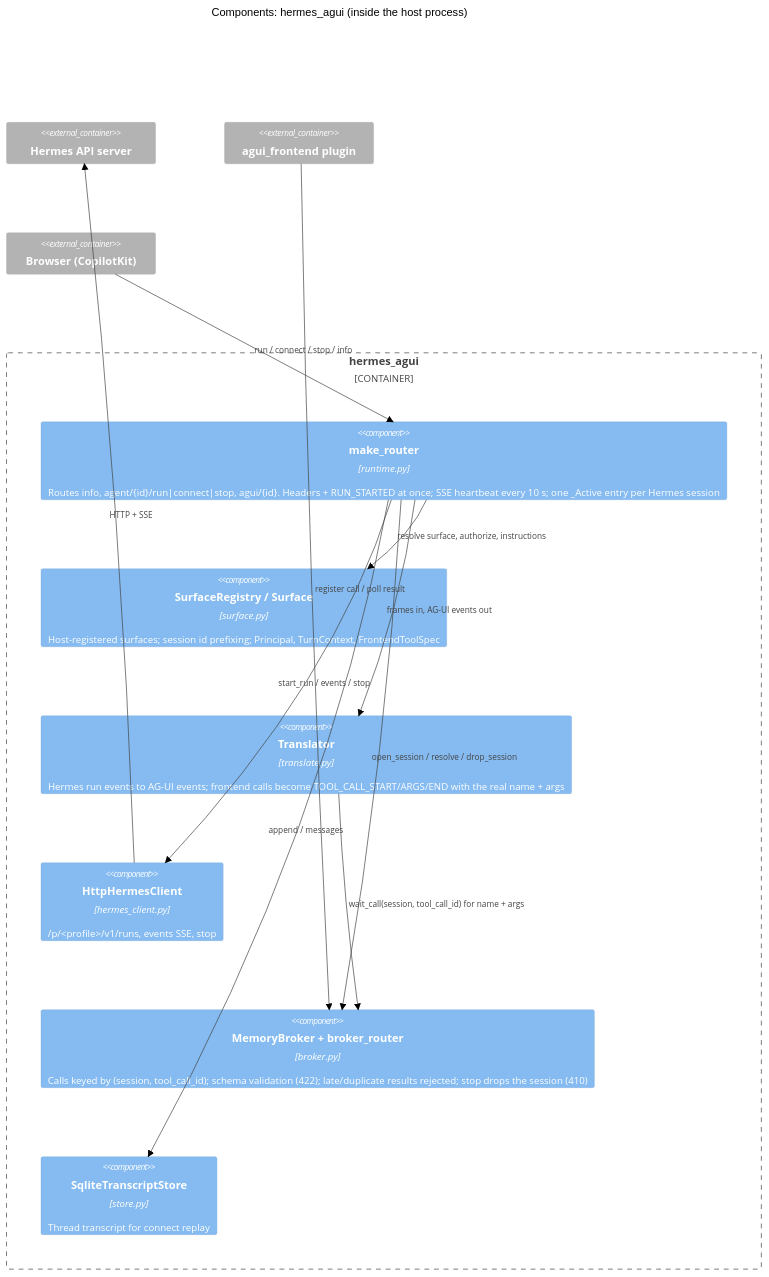
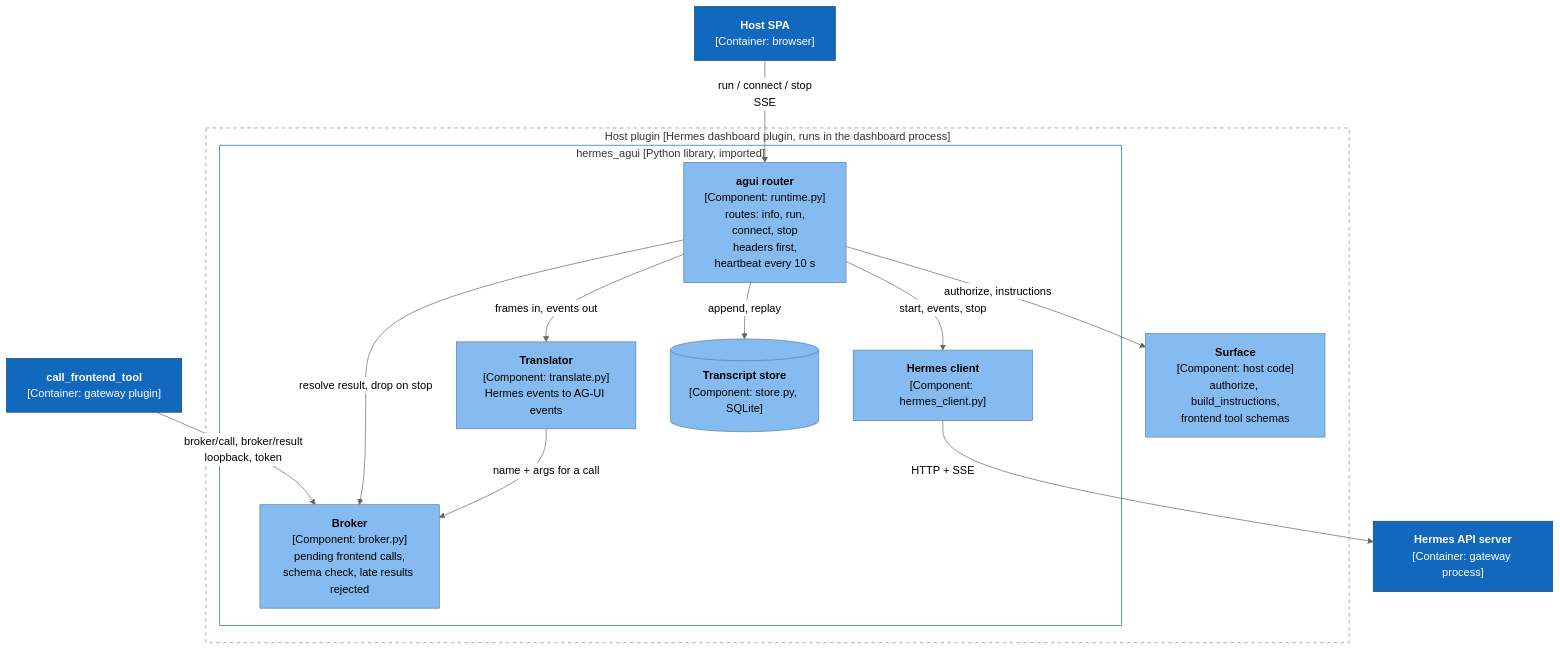
Before and after one commit to ejlevin1/hermes-agui: the third of 9 diagrams in ARCHITECTURE.md, drawn with Mermaid (neutral theme). The commit also changed other lines of this file, not shown here.

Commit message:
docs: readable architecture diagrams (C4 as flowcharts with runtime kinds, consistent names, process boxes in sequences)

````diff
--- a/ARCHITECTURE.md
+++ b/ARCHITECTURE.md
@@ -90,27 +118,34 @@
 ```mermaid
-C4Component
-  title Components: hermes_agui (inside the host process)
+flowchart TB
+  spa["<b>Host SPA</b><br/>[Container: browser]"]
+  api["<b>Hermes API server</b><br/>[Container: gateway process]"]
+  ft["<b>call_frontend_tool</b><br/>[Container: gateway plugin]"]
 
-  Container_Boundary(lib, "hermes_agui") {
-    Component(router, "make_router", "runtime.py", "Routes info, agent/{id}/run|connect|stop, agui/{id}. Headers + RUN_STARTED at once; SSE heartbeat every 10 s; one _Active entry per Hermes session")
-    Component(reg, "SurfaceRegistry / Surface", "surface.py", "Host-registered surfaces; session id prefixing; Principal, TurnContext, FrontendToolSpec")
-    Component(tr, "Translator", "translate.py", "Hermes run events to AG-UI events; frontend calls become TOOL_CALL_START/ARGS/END with the real name + args")
-    Component(hc, "HttpHermesClient", "hermes_client.py", "/p/<profile>/v1/runs, events SSE, stop")
-    Component(br, "MemoryBroker + broker_router", "broker.py", "Calls keyed by (session, tool_call_id); schema validation (422); late/duplicate results rejected; stop drops the session (410)")
-    Component(st, "SqliteTranscriptStore", "store.py", "Thread transcript for connect replay")
-  }
+  subgraph HP["Host plugin  [Hermes dashboard plugin, runs in the dashboard process]"]
+    sf["<b>Surface</b><br/>[Component: host code]<br/>authorize, build_instructions,<br/>frontend tool schemas"]
+    subgraph LIB["hermes_agui  [Python library, imported]"]
+      rt["<b>agui router</b><br/>[Component: runtime.py]<br/>routes: info, run,<br/>connect, stop<br/>headers first,<br/>heartbeat every 10 s"]
+      tr["<b>Translator</b><br/>[Component: translate.py]<br/>Hermes events to AG-UI events"]
+      br["<b>Broker</b><br/>[Component: broker.py]<br/>pending frontend calls,<br/>schema check, late results rejected"]
+      hc["<b>Hermes client</b><br/>[Component: hermes_client.py]"]
+      ts[("<b>Transcript store</b><br/>[Component: store.py, SQLite]")]
+    end
+  end
 
-  Container_Ext(hermes, "Hermes API server")
-  Container_Ext(gwplugin, "agui_frontend plugin")
-  Container_Ext(spa, "Browser (CopilotKit)")
+  spa -->|"run / connect / stop<br/>SSE"| rt
+  rt -->|"authorize, instructions"| sf
+  rt -->|"frames in, events out"| tr
+  tr -->|"name + args for a call"| br
+  rt -->|"resolve result, drop on stop"| br
+  rt -->|"start, events, stop"| hc
+  hc -->|"HTTP + SSE"| api
+  rt -->|"append, replay"| ts
+  ft -->|"broker/call, broker/result<br/>loopback, token"| br
 
-  Rel(spa, router, "run / connect / stop / info")
-  Rel(router, reg, "resolve surface, authorize, instructions")
-  Rel(router, hc, "start_run / events / stop")
-  Rel(hc, hermes, "HTTP + SSE")
-  Rel(router, tr, "frames in, AG-UI events out")
-  Rel(tr, br, "wait_call(session, tool_call_id) for name + args")
-  Rel(router, br, "open_session / resolve / drop_session")
-  Rel(router, st, "append / messages")
-  Rel(gwplugin, br, "register call / poll result")
+  classDef component fill:#85bbf0,stroke:#5d82a8,color:#000000
+  classDef container fill:#1168bd,stroke:#0b4884,color:#ffffff
+  class sf,rt,tr,br,hc,ts component
+  class spa,api,ft container
+  style HP fill:none,stroke:#888,stroke-dasharray:5 5
+  style LIB fill:none,stroke:#1168bd
 ```
````
